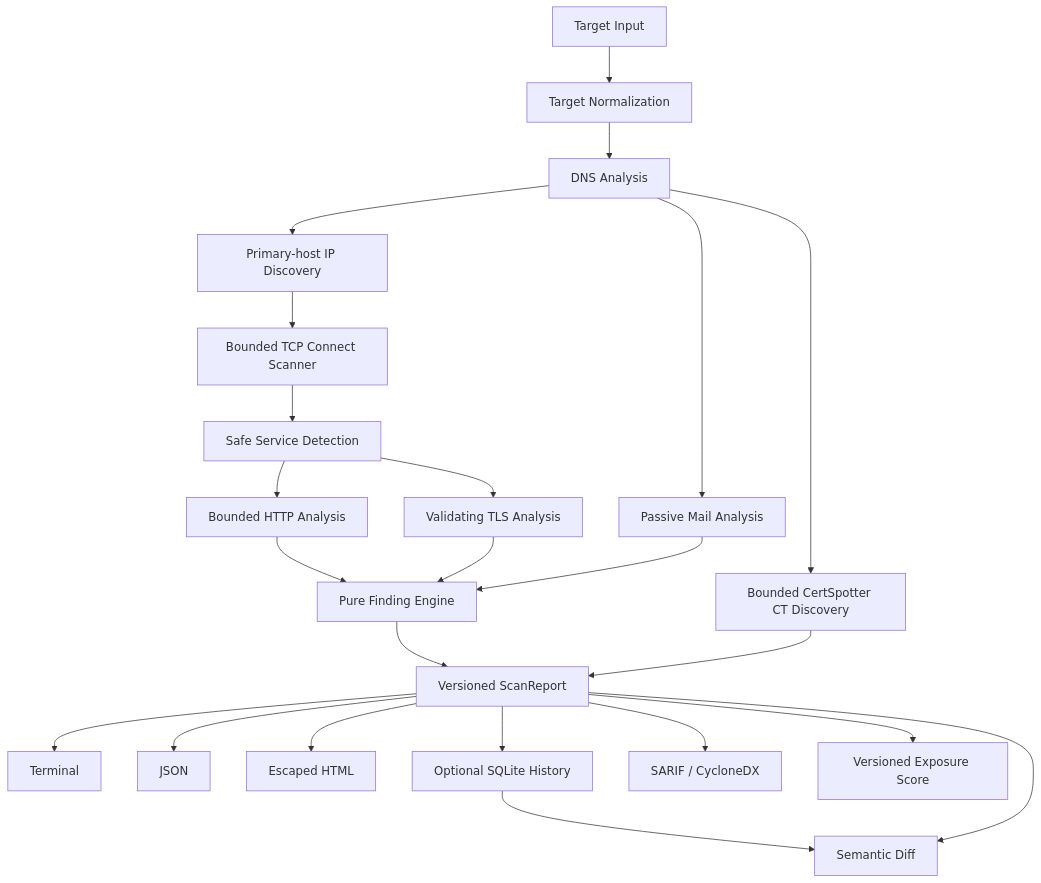
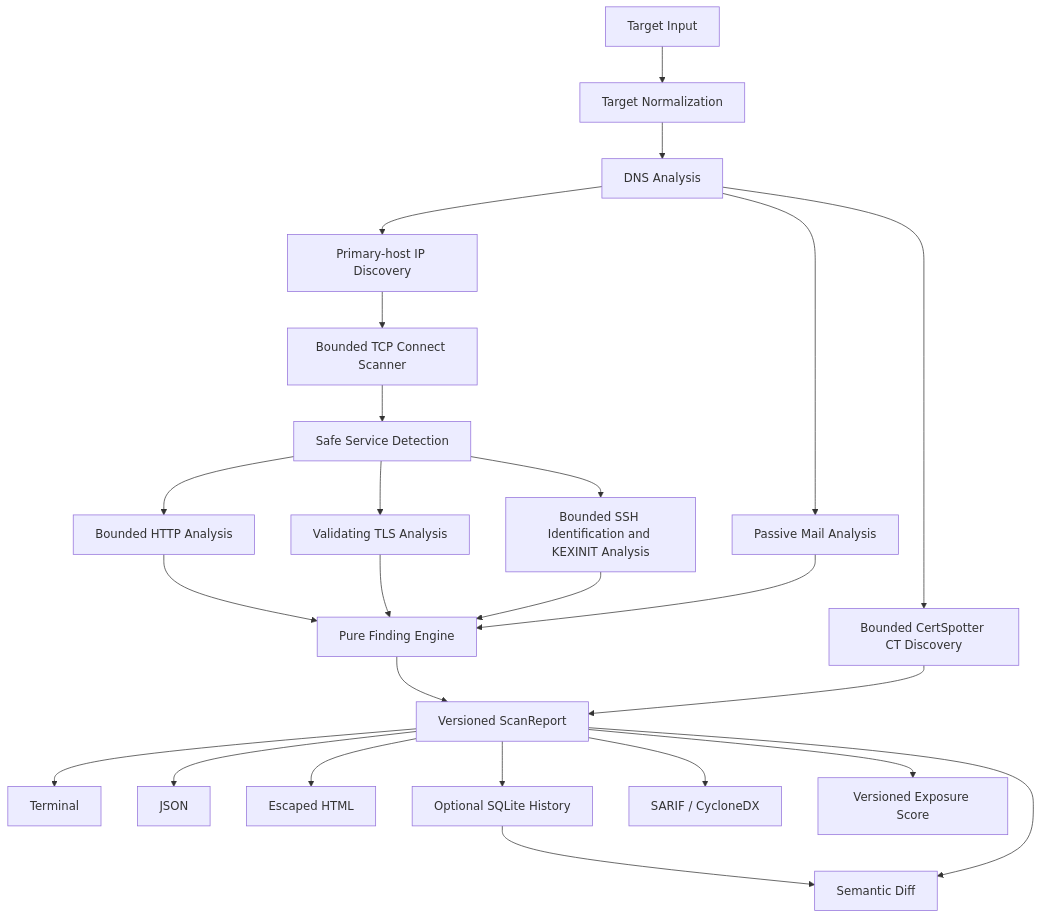
One commit to bxn-dev/surface changed the diagram in docs/architecture.md. Above: the diagram before and after it, drawn with Mermaid. The commit also changed other lines of this file and 7 other files, not shown here.

First line of the commit message:
feat(ssh): add bounded KEXINIT analysis

````diff
--- a/docs/architecture.md
+++ b/docs/architecture.md
@@ -3,25 +3,27 @@
 ```mermaid
 flowchart TD
     A[Target Input] --> B[Target Normalization]
     B --> C[DNS Analysis]
     C --> D[Primary-host IP Discovery]
     D --> E[Bounded TCP Connect Scanner]
     E --> F[Safe Service Detection]
     F --> G[Bounded HTTP Analysis]
     F --> H[Validating TLS Analysis]
+    F --> SSH[Bounded SSH Identification and KEXINIT Analysis]
     C --> I[Passive Mail Analysis]
     C --> S[Bounded CertSpotter CT Discovery]
     G --> J[Pure Finding Engine]
     H --> J
+    SSH --> J
     I --> J
     J --> K[Versioned ScanReport]
     S --> K
     K --> L[Terminal]
     K --> M[JSON]
     K --> N[Escaped HTML]
     K --> O[Optional SQLite History]
     K --> P[SARIF / CycloneDX]
     K --> Q[Versioned Exposure Score]
     O --> R[Semantic Diff]
     K --> R
 ```
````
